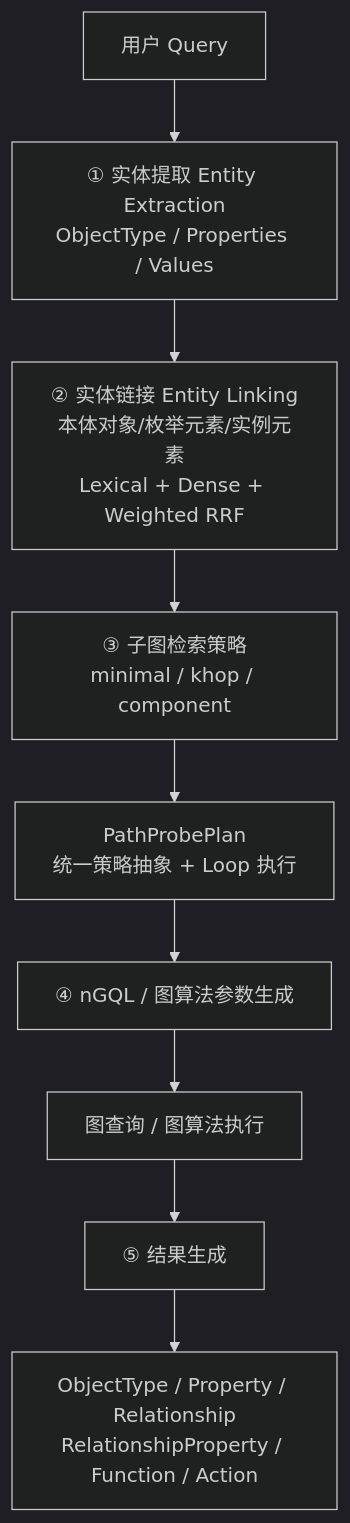
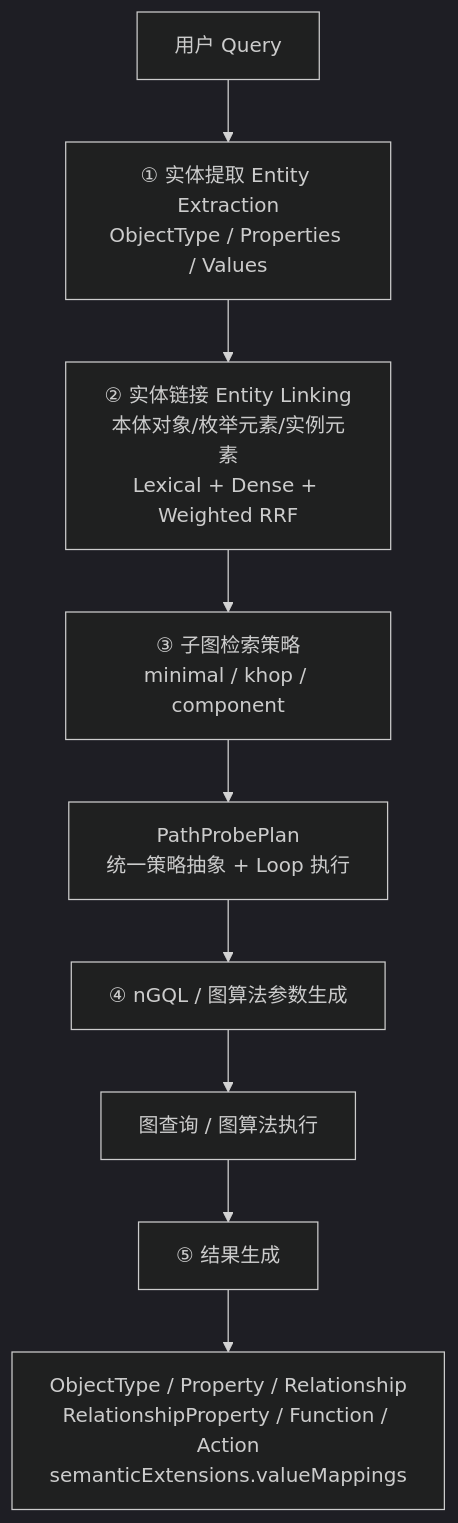
The first of 3 diagrams in docs/OAG本体锚点语义检索与向量索引设计方案.md (cfwl100/onology_dsl), drawn with Mermaid (dark theme) before and after one commit. The commit also changed other lines of this file and 4 other files, not shown here.

Commit message:
docs: integrate V5.17 rules and semantic extensions into main design

````diff
--- a/docs/OAG本体锚点语义检索与向量索引设计方案.md
+++ b/docs/OAG本体锚点语义检索与向量索引设计方案.md
@@ -120,11 +62,11 @@
 ```mermaid
 flowchart TD
     Q[用户 Query] --> EE[① 实体提取 Entity Extraction<br/>ObjectType / Properties / Values]
     EE --> EL[② 实体链接 Entity Linking<br/>本体对象/枚举元素/实例元素<br/>Lexical + Dense + Weighted RRF]
     EL --> GS[③ 子图检索策略<br/>minimal / khop / component]
     GS --> PLAN[PathProbePlan<br/>统一策略抽象 + Loop 执行]
     PLAN --> NQ[④ nGQL / 图算法参数生成]
     NQ --> GE[图查询 / 图算法执行]
     GE --> RG[⑤ 结果生成]
-    RG --> OUT[ObjectType / Property / Relationship<br/>RelationshipProperty / Function / Action]
+    RG --> OUT[ObjectType / Property / Relationship<br/>RelationshipProperty / Function / Action<br/>semanticExtensions.valueMappings]
 ```
````
